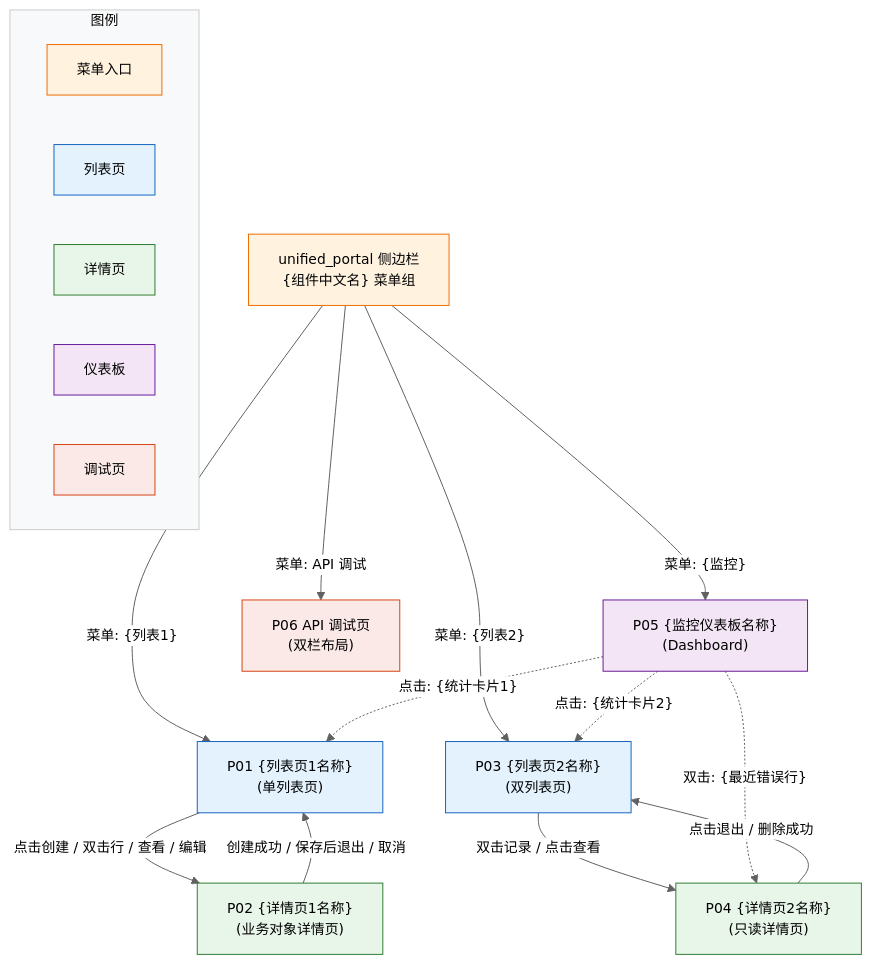
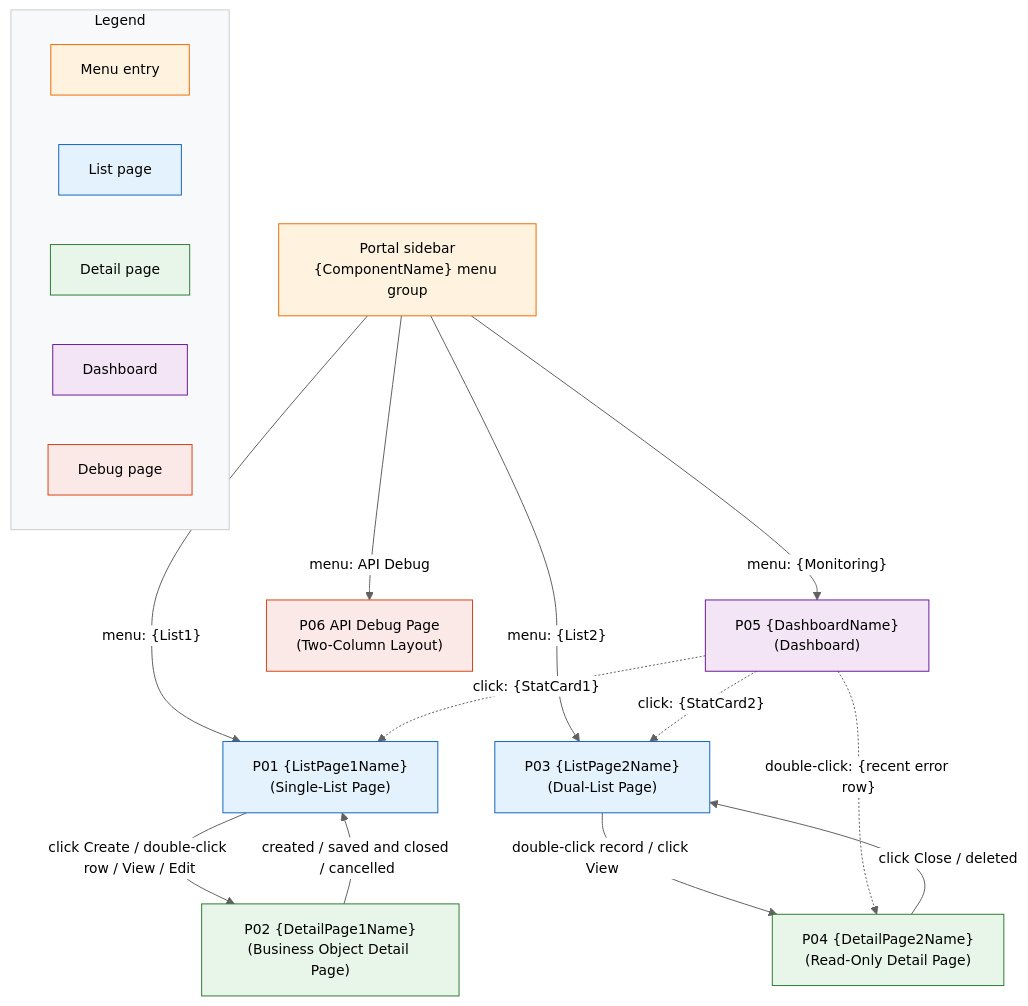
One commit to AliveverCom/ProjectTemplate_DesignDriven changed the diagram in mermaid/_page_flow.mmd. Above: the diagram before and after it, drawn with Mermaid. The commit also changed 7 other files, not shown here.

First line of the commit message:
i18n: translate README and the mermaid template set to English

```diff
--- a/mermaid/_page_flow.mmd
+++ b/mermaid/_page_flow.mmd
@@ -1,90 +1,94 @@
-%% ===== 模板说明（使用时整块删除）=====
-%% 图表用途：页面流转图。展示菜单入口、各页面之间的导航关系与返回路径。
-%% 存放目录：docs/components/{component_code_name}/ui_page_design/
-%%           （唯一放在 ui_page_design/ 下的图，与各页面的 code.html / screen.png 同级管理）
-%% 文件命名：{component_code_name}_page_flow.mmd；PNG 与 .mmd 同名同目录。
-%% 渲染命令：mmdc -i {component_code_name}_page_flow.mmd \
-%%                -o {component_code_name}_page_flow.png -b white -s 3
-%% 引用位置：{component}_uiux.md 文首 Page Flow Diagram 一节
-%% 样式规范：见 templates/mermaid/mmd_style_guide.md
-%%           ① 白色画布 ② 方框按页面类型归类着浅色 ③ 全部文字为黑色
+%% ===== TEMPLATE NOTES (delete this whole block when using) =====
+%% Purpose:    Page flow diagram. Shows the menu entry points, the navigation between pages and
+%%             the return paths.
+%% Location:   docs/components/{component_code_name}/ui_page_design/
+%%             (the only diagram that lives under ui_page_design/, managed alongside each page's
+%%              code.html / screen.png)
+%% File name:  {component_code_name}_page_flow.mmd; the PNG shares its name and directory.
+%% Render:     mmdc -i {component_code_name}_page_flow.mmd \
+%%                  -o {component_code_name}_page_flow.png -b white -s 3
+%% Referenced: the "Page Flow Diagram" section at the very top of {component}_uiux.md
+%% Style spec: see templates/mermaid/mmd_style_guide.md
+%%             (1) white canvas  (2) boxes coloured by page type with light fills  (3) all text black
 %% -
-%% 连线约定：
-%%   实线 -->   页面间的显式导航（菜单进入、按钮跳转、双击行进入详情、保存后返回）
-%%   虚线 -.->  非导航式跳转（仪表板卡片点击下钻、图表联动等）
-%%   每条连线都必须带触发条件标签 |"..."|，说明"用户做了什么才会发生这次跳转"
+%% Edge conventions:
+%%   solid  -->   explicit navigation between pages (menu entry, button jump, double-click a row to
+%%                open a detail page, return after save)
+%%   dashed -.->  non-navigational jumps (dashboard card drill-down, chart interactions, ...)
+%%   Every edge MUST carry a trigger label |"..."| stating what the user did to cause the jump.
 %% -
-%% 一致性要求（review 必查）：
-%%   本图页面编号与名称必须与 uiux.md §2.1 Page List 完全一致；
-%%   菜单结构必须与 uiux.md §2.2 Navigation Menu 一致。
-%% 使用提示：所有 {花括号} 占位符必须替换；节点 ID 用 P01/P02… 与页面编号对齐。
-%% ======================================
+%% Consistency requirements (checked in review):
+%%   The page IDs and names in this diagram must match uiux.md §2.1 Page List exactly;
+%%   the menu structure must match uiux.md §2.2 Navigation Menu.
+%% Usage:      Replace every {curly brace} placeholder; keep node IDs P01/P02... aligned with the
+%%             page IDs.
+%% ===============================================================
 %%{init: {
   "theme": "base",
   "themeVariables": {
     "background": "#FFFFFF",
     "primaryColor": "#E3F2FD",
     "primaryTextColor": "#000000",
     "primaryBorderColor": "#1565C0",
     "secondaryColor": "#E8F5E9",
     "tertiaryColor": "#FFF3E0",
     "lineColor": "#616161",
     "textColor": "#000000",
     "titleColor": "#000000",
     "clusterBkg": "#FAFAFA",
     "clusterBorder": "#CCCCCC",
     "edgeLabelBackground": "#FFFFFF",
     "fontFamily": "Arial, sans-serif",
     "fontSize": "14px"
   }
 }}%%
 flowchart TD
 
-    %% ========== 分类样式定义（每类一个浅色系背景，文字一律黑色）==========
+    %% ========== Category styles (one light fill per category; text is always black) ==========
     classDef menuCls   fill:#FFF3E0,stroke:#EF6C00,color:#000000
     classDef listCls   fill:#E3F2FD,stroke:#1565C0,color:#000000
     classDef detailCls fill:#E8F5E9,stroke:#2E7D32,color:#000000
     classDef dashCls   fill:#F3E5F5,stroke:#6A1B9A,color:#000000
     classDef debugCls  fill:#FBE9E7,stroke:#D84315,color:#000000
 
-    %% ========== 菜单入口 ==========
-    MENU["unified_portal 侧边栏<br/>{组件中文名} 菜单组"]:::menuCls
+    %% ========== Menu entry ==========
+    MENU["Portal sidebar<br/>{ComponentName} menu group"]:::menuCls
 
-    %% ========== 页面节点 ==========
-    P01["P01 {列表页1名称}<br/>(单列表页)"]:::listCls
-    P02["P02 {详情页1名称}<br/>(业务对象详情页)"]:::detailCls
-    P03["P03 {列表页2名称}<br/>(双列表页)"]:::listCls
-    P04["P04 {详情页2名称}<br/>(只读详情页)"]:::detailCls
-    P05["P05 {监控仪表板名称}<br/>(Dashboard)"]:::dashCls
-    P06["P06 API 调试页<br/>(双栏布局)"]:::debugCls
+    %% ========== Page nodes ==========
+    P01["P01 {ListPage1Name}<br/>(Single-List Page)"]:::listCls
+    P02["P02 {DetailPage1Name}<br/>(Business Object Detail Page)"]:::detailCls
+    P03["P03 {ListPage2Name}<br/>(Dual-List Page)"]:::listCls
+    P04["P04 {DetailPage2Name}<br/>(Read-Only Detail Page)"]:::detailCls
+    P05["P05 {DashboardName}<br/>(Dashboard)"]:::dashCls
+    P06["P06 API Debug Page<br/>(Two-Column Layout)"]:::debugCls
 
-    %% ========== 菜单 → 页面（实线，标注菜单项名称）==========
-    MENU -->|"菜单: {监控}"| P05
-    MENU -->|"菜单: {列表1}"| P01
-    MENU -->|"菜单: {列表2}"| P03
-    MENU -->|"菜单: API 调试"| P06
+    %% ========== Menu -> page (solid, labelled with the menu item) ==========
+    MENU -->|"menu: {Monitoring}"| P05
+    MENU -->|"menu: {List1}"| P01
+    MENU -->|"menu: {List2}"| P03
+    MENU -->|"menu: API Debug"| P06
 
-    %% ========== 列表页 ⇄ 详情页（实线往返，标注触发条件）==========
-    P01 -->|"点击创建 / 双击行 / 查看 / 编辑"| P02
-    P02 -->|"创建成功 / 保存后退出 / 取消"| P01
+    %% ========== List page <-> detail page (solid, both ways, with trigger labels) ==========
+    P01 -->|"click Create / double-click row / View / Edit"| P02
+    P02 -->|"created / saved and closed / cancelled"| P01
 
-    P03 -->|"双击记录 / 点击查看"| P04
-    P04 -->|"点击退出 / 删除成功"| P03
+    P03 -->|"double-click record / click View"| P04
+    P04 -->|"click Close / deleted"| P03
 
-    %% ========== 仪表板下钻（虚线，非导航式跳转）==========
-    P05 -.->|"点击: {统计卡片1}"| P01
-    P05 -.->|"点击: {统计卡片2}"| P03
-    P05 -.->|"双击: {最近错误行}"| P04
+    %% ========== Dashboard drill-down (dashed, non-navigational) ==========
+    P05 -.->|"click: {StatCard1}"| P01
+    P05 -.->|"click: {StatCard2}"| P03
+    P05 -.->|"double-click: {recent error row}"| P04
 
-    %% ========== 图例 ==========
-    subgraph legend["图例"]
+    %% ========== Legend ==========
+    subgraph legend["Legend"]
         direction LR
-        LG1["菜单入口"]:::menuCls
-        LG2["列表页"]:::listCls
-        LG3["详情页"]:::detailCls
-        LG4["仪表板"]:::dashCls
-        LG5["调试页"]:::debugCls
+        LG1["Menu entry"]:::menuCls
+        LG2["List page"]:::listCls
+        LG3["Detail page"]:::detailCls
+        LG4["Dashboard"]:::dashCls
+        LG5["Debug page"]:::debugCls
     end
 
-    %% ========== 容器底色（必须比节点更浅，且显式声明黑色文字）==========
+    %% ========== Container fill (lighter than the nodes; black text declared explicitly) ==========
     style legend fill:#F8F9FA,stroke:#CCCCCC,color:#000
```
